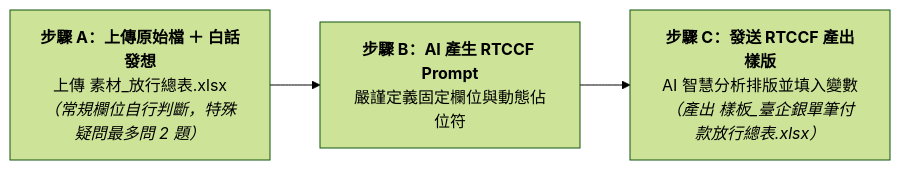
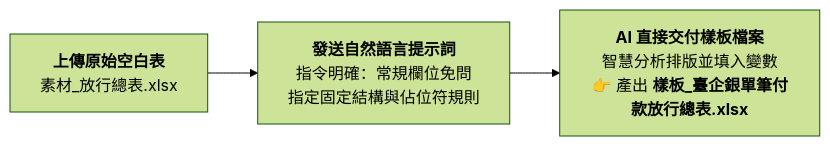
One commit to roberthsu2003/workflow-productivity changed the diagram in 常見的AI應用/實戰範例/出納付款審核與銀行放行總表自動化/7-1_白話自然語言發想提示詞.md. Above: the diagram before and after it, drawn with Mermaid (forest theme). The commit also changed other lines of this file and 1 other file, not shown here.

````diff
--- a/常見的AI應用/實戰範例/出納付款審核與銀行放行總表自動化/7-1_白話自然語言發想提示詞.md
+++ b/常見的AI應用/實戰範例/出納付款審核與銀行放行總表自動化/7-1_白話自然語言發想提示詞.md
@@ -10,5 +10,5 @@
 ```mermaid
 flowchart LR
-    StepA["<b>步驟 A：上傳原始檔 ＋ 白話發想</b><br/>上傳 素材_放行總表.xlsx<br/><i>（常規欄位自行判斷，特殊疑問最多問 2 題）</i>"] --> StepB["<b>步驟 B：AI 產生 RTCCF Prompt</b><br/>嚴謹定義固定欄位與動態佔位符"]
-    StepB --> StepC["<b>步驟 C：發送 RTCCF 產出樣版</b><br/>AI 智慧分析排版並填入變數<br/><i>（產出 樣板_臺企銀單筆付款放行總表.xlsx）</i>"]
+    StepA["<b>上傳原始空白表</b><br/>素材_放行總表.xlsx"] --> StepB["<b>發送自然語言提示詞</b><br/>指令明確：常規欄位免問<br/>指定固定結構與佔位符規則"]
+    StepB --> StepC["<b>AI 直接交付樣板檔案</b><br/>智慧分析排版並填入變數<br/>👉 產出 <b>樣板_臺企銀單筆付款放行總表.xlsx</b>"]
 ```
````
